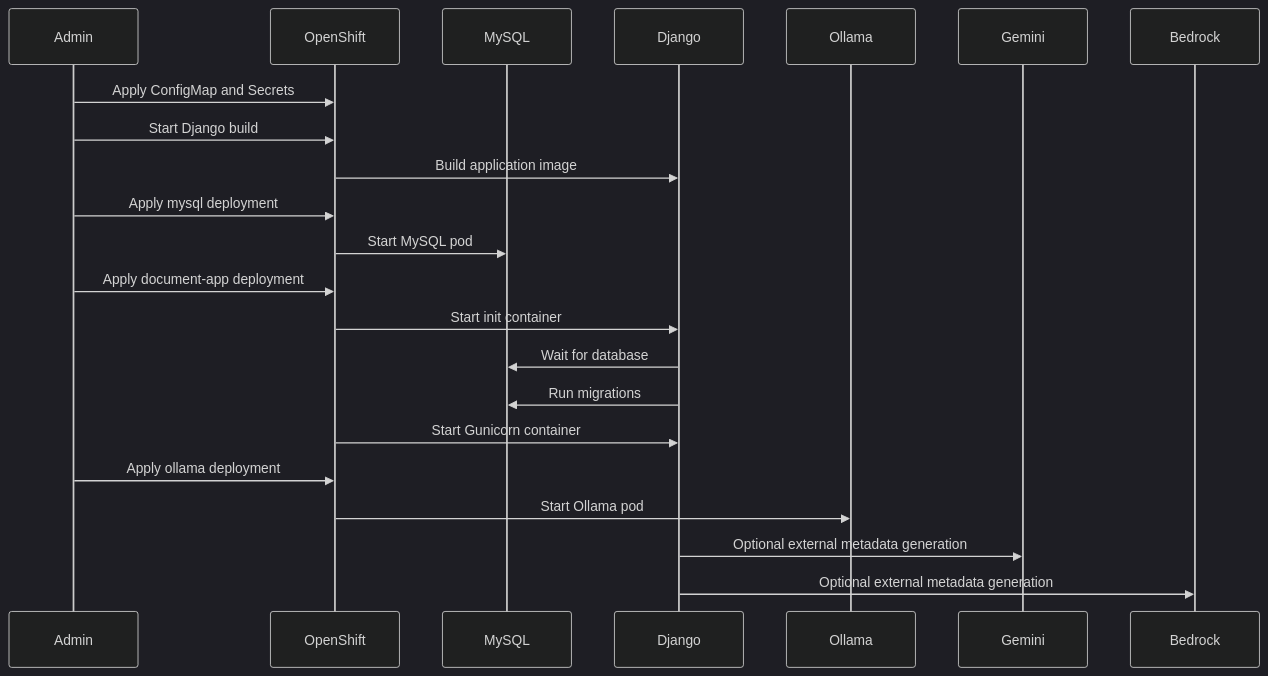
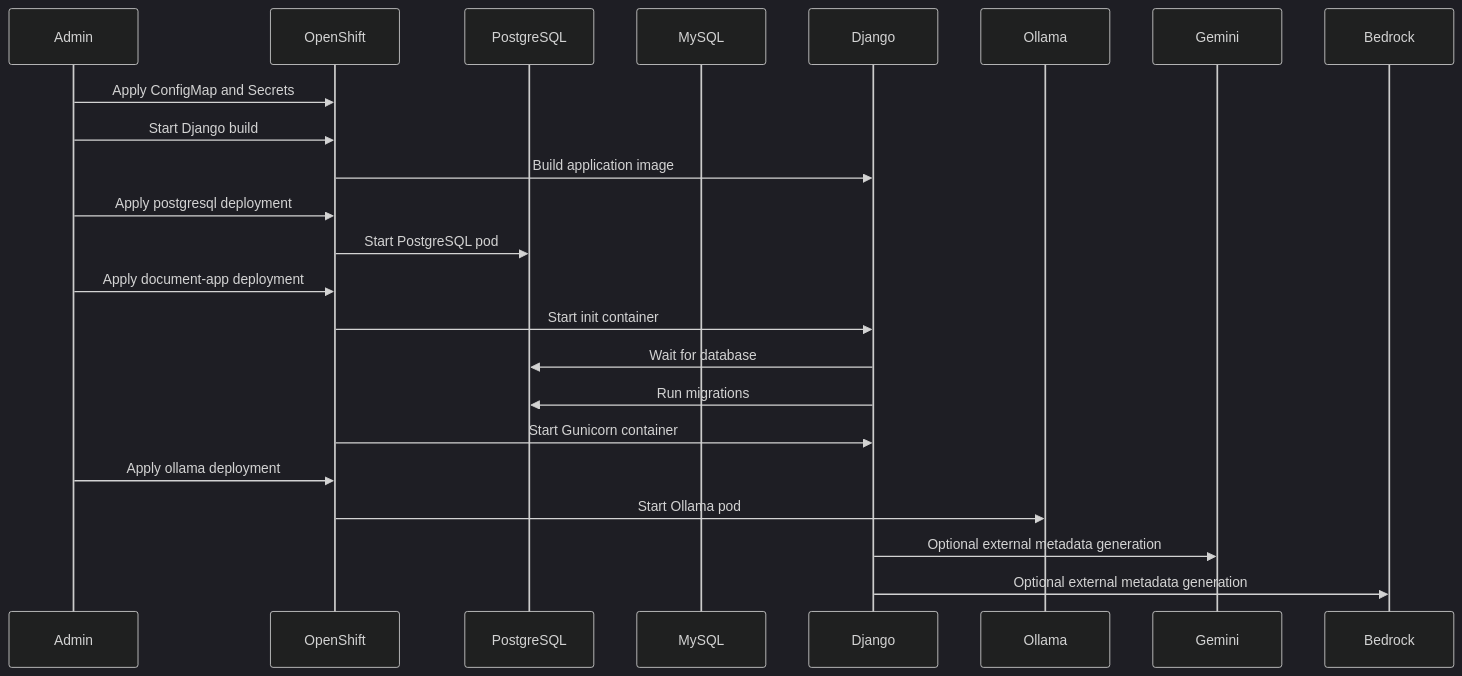
The second of 3 diagrams in docs/deployment.md (khaliqueaws-creator/document-management), drawn with Mermaid (dark theme) before and after one commit. The commit also changed other lines of this file and 5 other files, not shown here.

Commit message:
Make PostgreSQL the active OpenShift database

````diff
--- a/docs/deployment.md
+++ b/docs/deployment.md
@@ -74,29 +81,30 @@
 ```mermaid
 sequenceDiagram
     participant Admin
     participant OpenShift
+    participant PostgreSQL
     participant MySQL
     participant Django
     participant Ollama
     participant Gemini
     participant Bedrock
 
     Admin->>OpenShift: Apply ConfigMap and Secrets
     Admin->>OpenShift: Start Django build
     OpenShift->>Django: Build application image
 
-    Admin->>OpenShift: Apply mysql deployment
-    OpenShift->>MySQL: Start MySQL pod
+    Admin->>OpenShift: Apply postgresql deployment
+    OpenShift->>PostgreSQL: Start PostgreSQL pod
 
     Admin->>OpenShift: Apply document-app deployment
     OpenShift->>Django: Start init container
-    Django->>MySQL: Wait for database
-    Django->>MySQL: Run migrations
+    Django->>PostgreSQL: Wait for database
+    Django->>PostgreSQL: Run migrations
     OpenShift->>Django: Start Gunicorn container
 
     Admin->>OpenShift: Apply ollama deployment
     OpenShift->>Ollama: Start Ollama pod
 
     Django->>Gemini: Optional external metadata generation
     Django->>Bedrock: Optional external metadata generation
 ```
````
